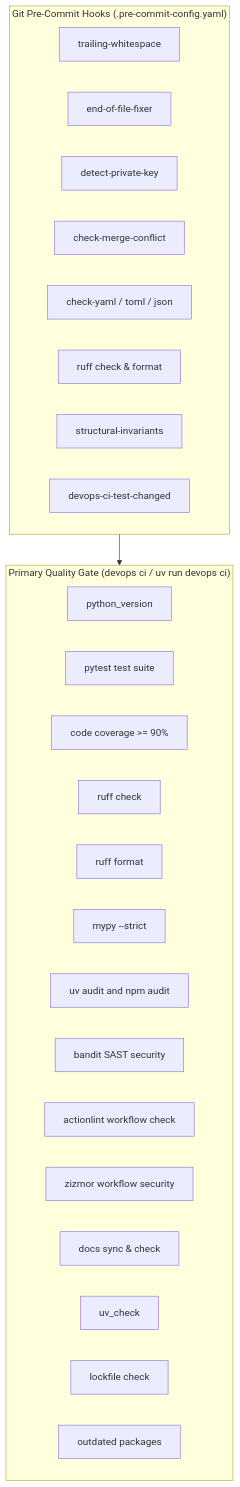
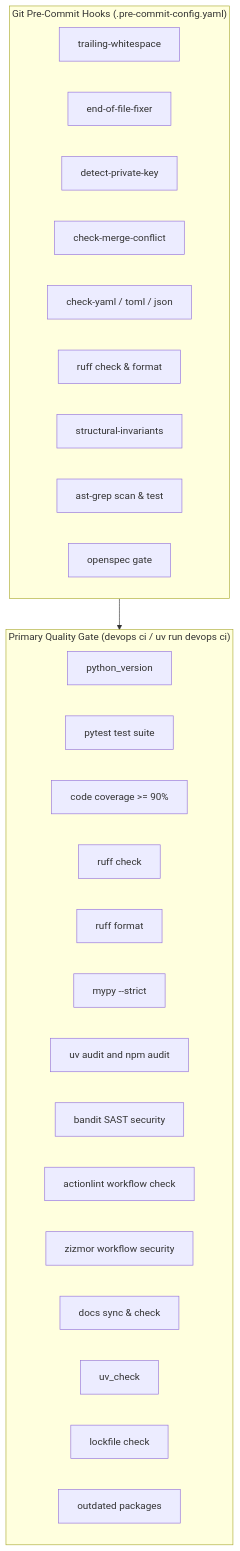
Before and after one commit to dan-petty/devops-cli: the fifth of 8 diagrams in docs/SDLC.md, drawn with Mermaid. The commit also changed other lines of this file and 6 other files, not shown here.

Commit message:
fix(ci): a commit runs no test suite in pre-commit; the pre-push gate and CI run the tests

````diff
--- a/docs/SDLC.md
+++ b/docs/SDLC.md
@@ -146,32 +146,33 @@
 ```mermaid
 flowchart TD
     subgraph PreCommit["Git Pre-Commit Hooks (.pre-commit-config.yaml)"]
         H1[trailing-whitespace]
         H2[end-of-file-fixer]
         H3[detect-private-key]
         H4[check-merge-conflict]
         H5[check-yaml / toml / json]
         H6[ruff check & format]
         H7[structural-invariants]
-        H8[devops-ci-test-changed]
+        H8[ast-grep scan & test]
+        H9[openspec gate]
     end
 
     subgraph CIQualityGate["Primary Quality Gate (devops ci / uv run devops ci)"]
         G1[python_version]
         G2[pytest test suite]
         G3[code coverage >= 90%]
         G4[ruff check]
         G5[ruff format]
         G6[mypy --strict]
         G7[uv audit and npm audit]
         G8[bandit SAST security]
         G9[actionlint workflow check]
         G9b[zizmor workflow security]
         G10[docs sync & check]
         G11[uv_check]
         G12[lockfile check]
         G13[outdated packages]
     end
 
     PreCommit --> CIQualityGate
 ```
````
